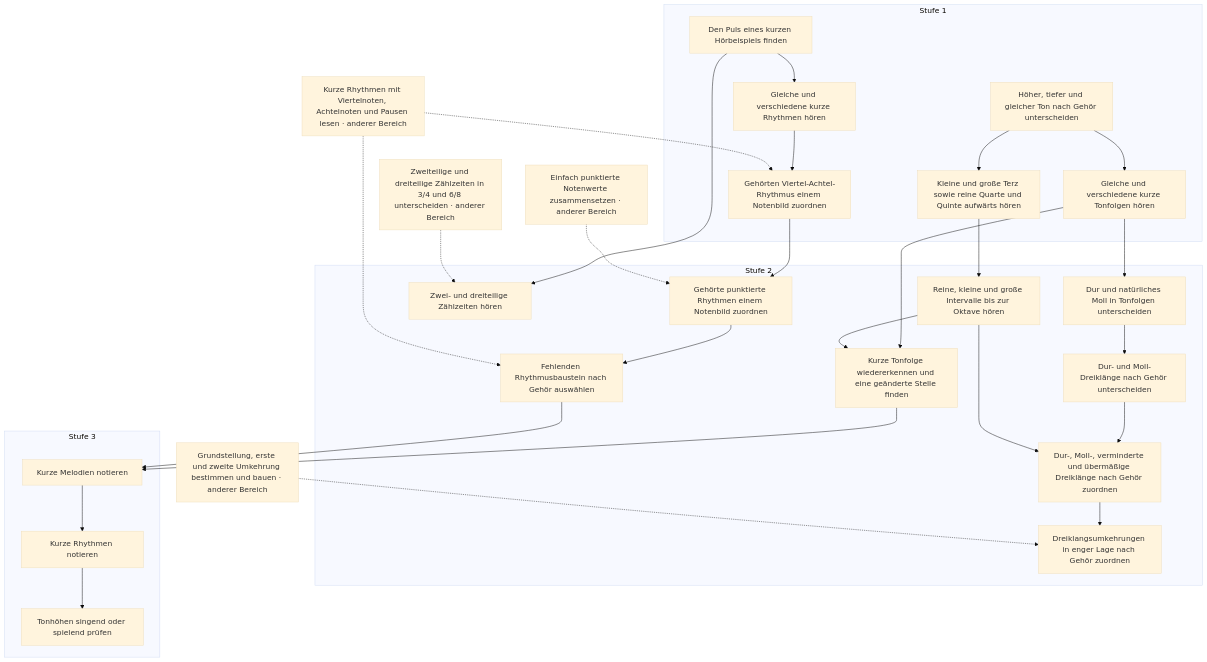
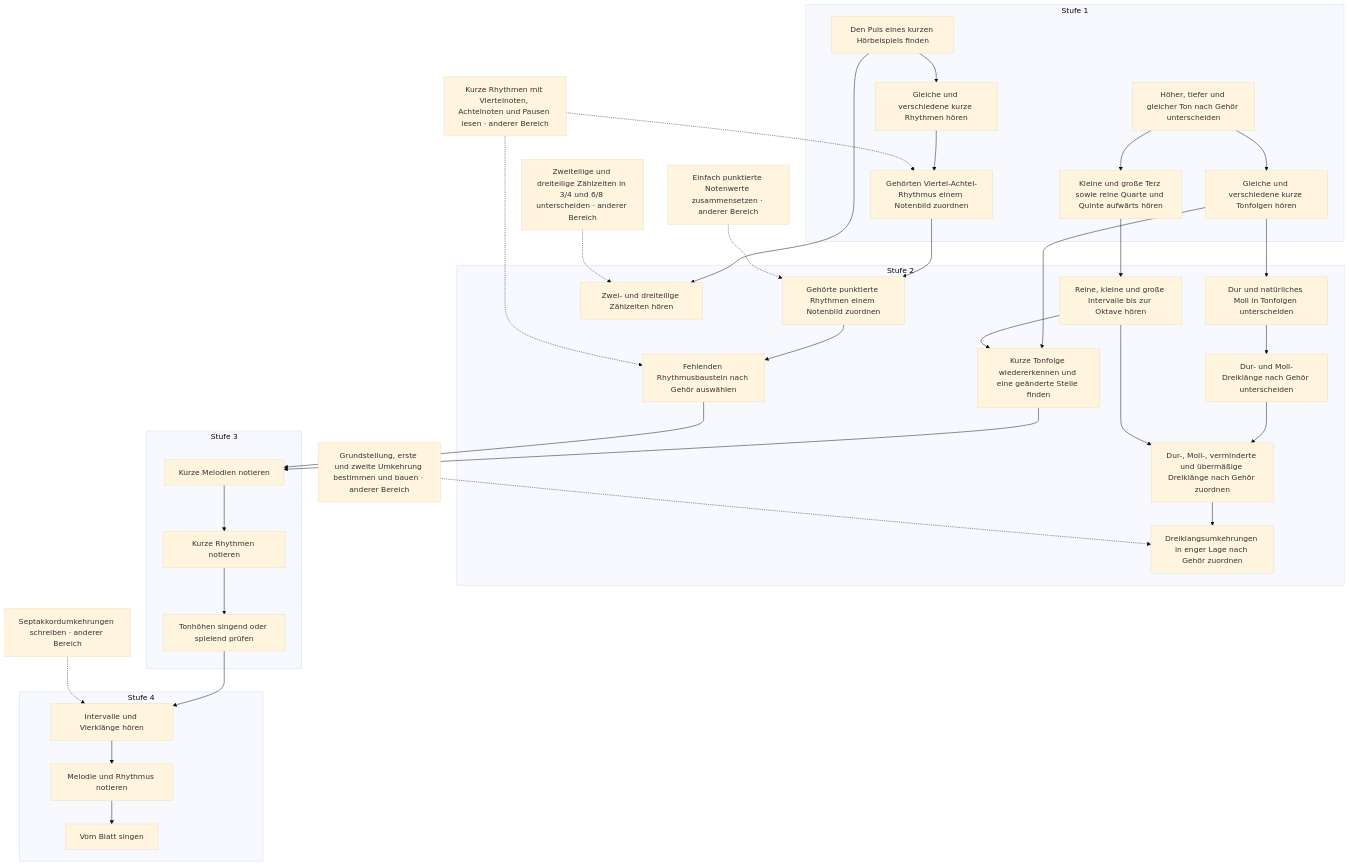
One commit to PhiFa96/harmonia changed the eighth of 16 diagrams in docs/plan/faehigkeitsgraph-diagramme.md. Above: the diagram before and after it, drawn with Mermaid (base theme). The commit also changed other lines of this file and 41 other files, not shown here.

````diff
--- a/docs/plan/faehigkeitsgraph-diagramme.md
+++ b/docs/plan/faehigkeitsgraph-diagramme.md
@@ -511,55 +591,65 @@
 ```mermaid
 flowchart TD
   subgraph level1["Stufe 1"]
     s28["Den Puls eines kurzen Hörbeispiels finden"]
     s29["Gleiche und verschiedene kurze Rhythmen hören"]
     s30["Gehörten Viertel-Achtel-Rhythmus einem Notenbild zuordnen"]
     s31["Höher, tiefer und gleicher Ton nach Gehör unterscheiden"]
     s32["Gleiche und verschiedene kurze Tonfolgen hören"]
     s33["Kleine und große Terz sowie reine Quarte und Quinte aufwärts hören"]
   end
   subgraph level2["Stufe 2"]
     s75["Gehörte punktierte Rhythmen einem Notenbild zuordnen"]
     s76["Zwei- und dreiteilige Zählzeiten hören"]
     s77["Fehlenden Rhythmusbaustein nach Gehör auswählen"]
     s78["Reine, kleine und große Intervalle bis zur Oktave hören"]
     s79["Dur und natürliches Moll in Tonfolgen unterscheiden"]
     s80["Kurze Tonfolge wiedererkennen und eine geänderte Stelle finden"]
     s81["Dur- und Moll-Dreiklänge nach Gehör unterscheiden"]
     s82["Dur-, Moll-, verminderte und übermäßige Dreiklänge nach Gehör zuordnen"]
     s83["Dreiklangsumkehrungen in enger Lage nach Gehör zuordnen"]
   end
   subgraph level3["Stufe 3"]
     s105["Kurze Melodien notieren"]
     s106["Kurze Rhythmen notieren"]
     s107["Tonhöhen singend oder spielend prüfen"]
   end
+  subgraph level4["Stufe 4"]
+    s159["Intervalle und Vierklänge hören"]
+    s160["Melodie und Rhythmus notieren"]
+    s161["Vom Blatt singen"]
+  end
   s21["Kurze Rhythmen mit Viertelnoten, Achtelnoten und Pausen lesen · anderer Bereich"]
   s46["Einfach punktierte Notenwerte zusammensetzen · anderer Bereich"]
   s51["Zweiteilige und dreiteilige Zählzeiten in 3/4 und 6/8 unterscheiden · anderer Bereich"]
   s73["Grundstellung, erste und zweite Umkehrung bestimmen und bauen · anderer Bereich"]
+  s133["Septakkordumkehrungen schreiben · anderer Bereich"]
   s28 --> s29
   s29 --> s30
   s21 -.-> s30
   s31 --> s32
   s31 --> s33
   s30 --> s75
   s46 -.-> s75
   s28 --> s76
   s51 -.-> s76
   s75 --> s77
   s21 -.-> s77
   s33 --> s78
   s32 --> s79
   s32 --> s80
   s78 --> s80
   s79 --> s81
   s81 --> s82
   s78 --> s82
   s82 --> s83
   s73 -.-> s83
   s80 --> s105
   s77 --> s105
   s105 --> s106
   s106 --> s107
+  s107 --> s159
+  s133 -.-> s159
+  s159 --> s160
+  s160 --> s161
 ```
````
